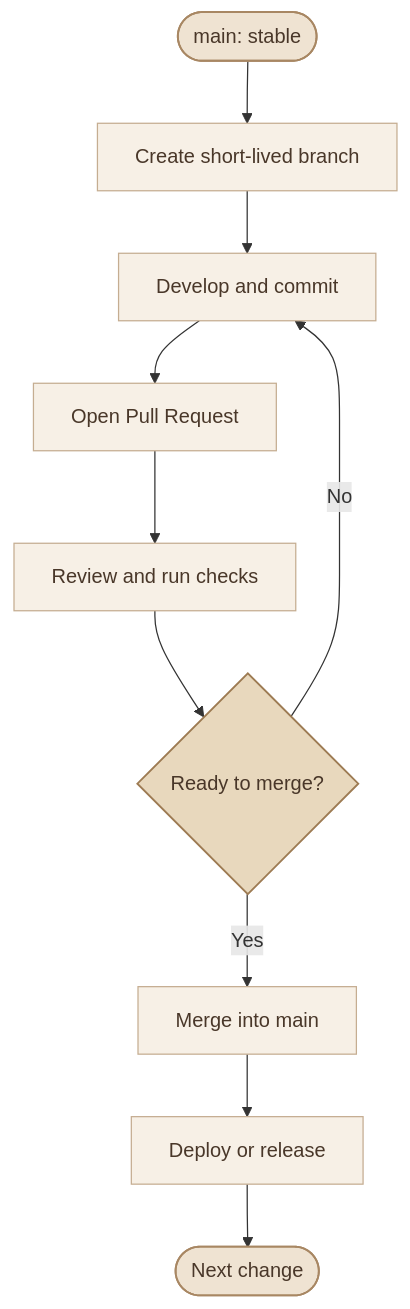
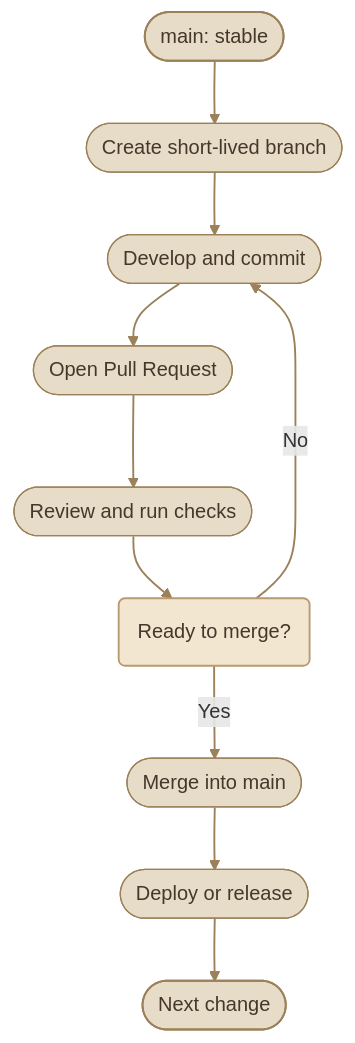
The second of 4 diagrams in content/version-control/Git and GitHub/git-workflows.mdx (mustafammasoud/ops-handbook), drawn with Mermaid before and after one commit. The commit also changed other lines of this file and 17 other files, not shown here.

````diff
--- a/content/version-control/Git and GitHub/git-workflows.mdx
+++ b/content/version-control/Git and GitHub/git-workflows.mdx
@@ -152,19 +162,21 @@
 ```mermaid
 flowchart TD
-    A(["main: stable"]) --> B["Create short-lived branch"]
-    B --> C["Develop and commit"]
-    C --> D["Open Pull Request"]
-    D --> E["Review and run checks"]
-    E --> F{"Ready to merge?"}
+    A(["main: stable"]) --> B(["Create short-lived branch"])
+    B --> C(["Develop and commit"])
+    C --> D(["Open Pull Request"])
+    D --> E(["Review and run checks"])
+    E --> F("Ready to merge?")
     F -->|No| C
-    F -->|Yes| G["Merge into main"]
-    G --> H["Deploy or release"]
+    F -->|Yes| G(["Merge into main"])
+    G --> H(["Deploy or release"])
     H --> I(["Next change"])
 
-    classDef branch fill:#efe3d2,stroke:#a88763,color:#493729,stroke-width:1.5px
-    classDef action fill:#f7f0e6,stroke:#c5ad91,color:#493729,stroke-width:1px
-    classDef decision fill:#e8d8bd,stroke:#9d7b53,color:#493729,stroke-width:1.5px
+    classDef branch fill:#E7DCC8,stroke:#9B8059,color:#46372A,stroke-width:1.5px
+    classDef action fill:#E7DCC8,stroke:#9B8059,color:#46372A,stroke-width:1px
+    classDef decision fill:#F3E6D0,stroke:#B99A70,color:#46372A,stroke-width:1.5px
     class A,I branch
     class B,C,D,E,G,H action
     class F decision
+
+    linkStyle default stroke:#9B8059,stroke-width:1.5px
 ```
````
